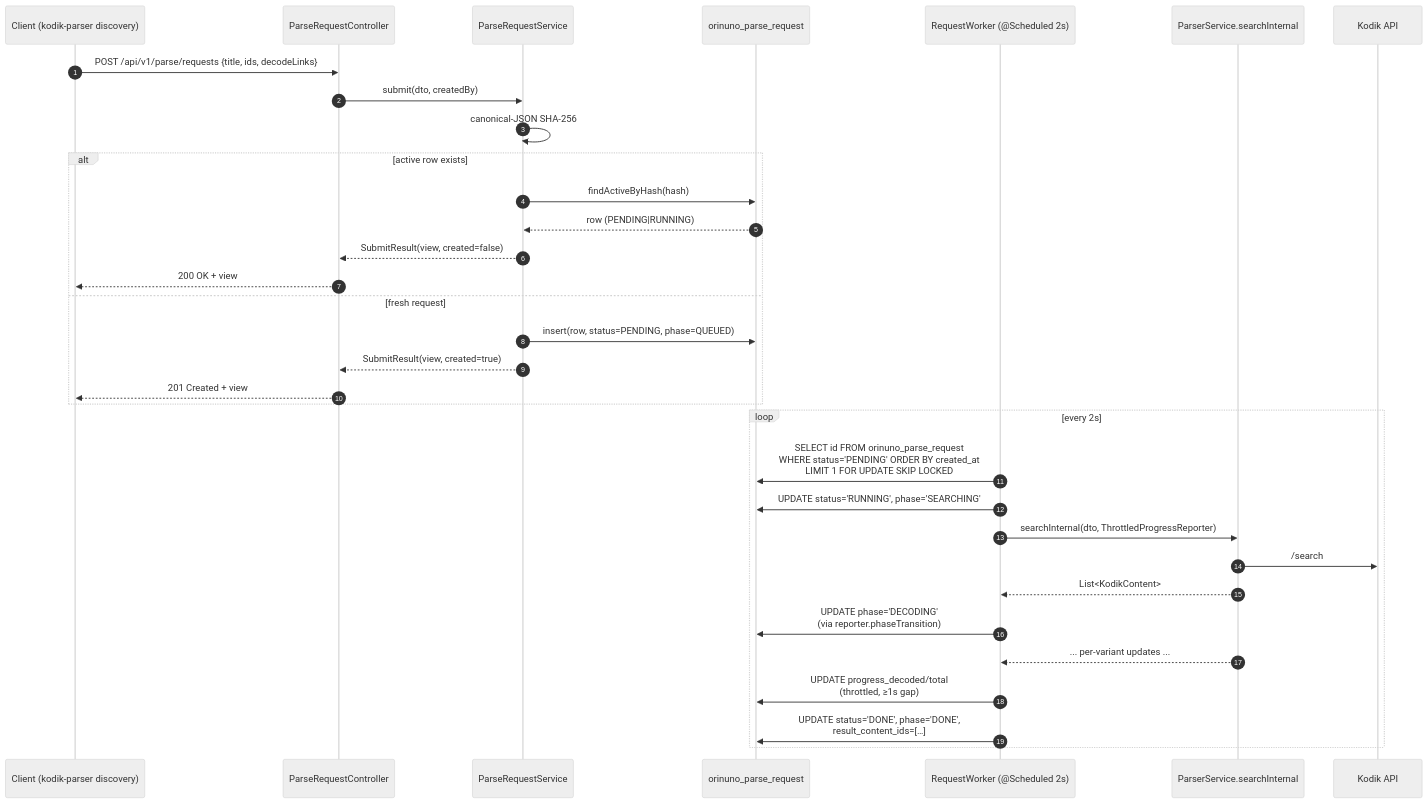
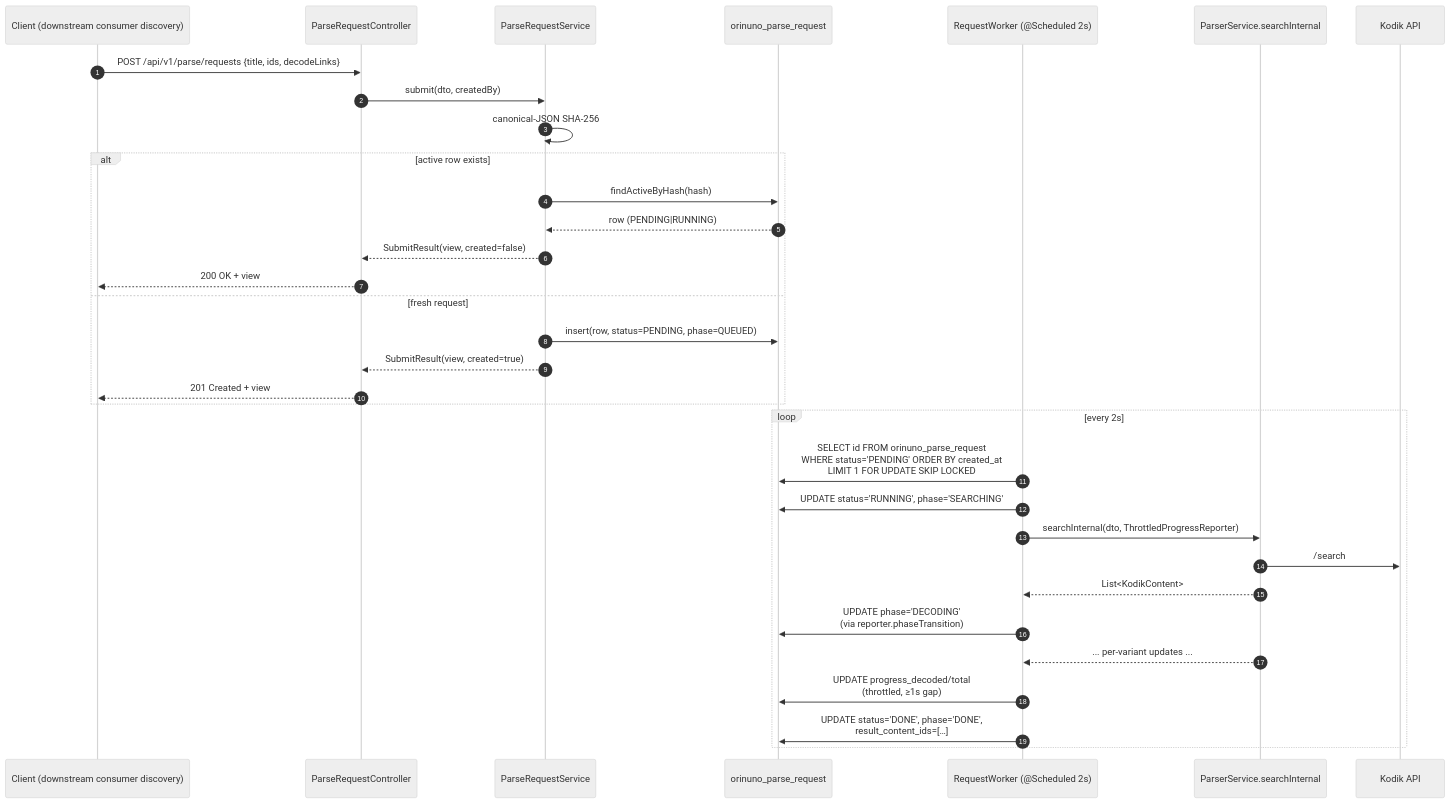
One commit to Samehadar/orinuno changed the first of 2 diagrams in docs-site/src/content/docs/architecture/parse-requests.md. Above: the diagram before and after it, drawn with Mermaid (neutral theme). The commit also changed other lines of this file and 39 other files, not shown here.

````diff
--- a/docs-site/src/content/docs/architecture/parse-requests.md
+++ b/docs-site/src/content/docs/architecture/parse-requests.md
@@ -21,37 +21,37 @@
 ```mermaid
 sequenceDiagram
     autonumber
-    participant Client as Client (kodik-parser discovery)
+    participant Client as Client (downstream consumer discovery)
     participant API as ParseRequestController
     participant Service as ParseRequestService
     participant DB as orinuno_parse_request
     participant Worker as RequestWorker (@Scheduled 2s)
     participant Parser as ParserService.searchInternal
     participant Kodik as Kodik API
 
     Client->>API: POST /api/v1/parse/requests {title, ids, decodeLinks}
     API->>Service: submit(dto, createdBy)
     Service->>Service: canonical-JSON SHA-256
     alt active row exists
         Service->>DB: findActiveByHash(hash)
         DB-->>Service: row (PENDING|RUNNING)
         Service-->>API: SubmitResult(view, created=false)
         API-->>Client: 200 OK + view
     else fresh request
         Service->>DB: insert(row, status=PENDING, phase=QUEUED)
         Service-->>API: SubmitResult(view, created=true)
         API-->>Client: 201 Created + view
     end
 
     loop every 2s
         Worker->>DB: SELECT id FROM orinuno_parse_request<br/>WHERE status='PENDING' ORDER BY created_at<br/>LIMIT 1 FOR UPDATE SKIP LOCKED
         Worker->>DB: UPDATE status='RUNNING', phase='SEARCHING'
         Worker->>Parser: searchInternal(dto, ThrottledProgressReporter)
         Parser->>Kodik: /search
         Parser-->>Worker: List<KodikContent>
         Worker->>DB: UPDATE phase='DECODING'<br/>(via reporter.phaseTransition)
         Parser-->>Worker: ... per-variant updates ...
         Worker->>DB: UPDATE progress_decoded/total<br/>(throttled, ≥1s gap)
         Worker->>DB: UPDATE status='DONE', phase='DONE',<br/>result_content_ids=[…]
     end
 ```
````
